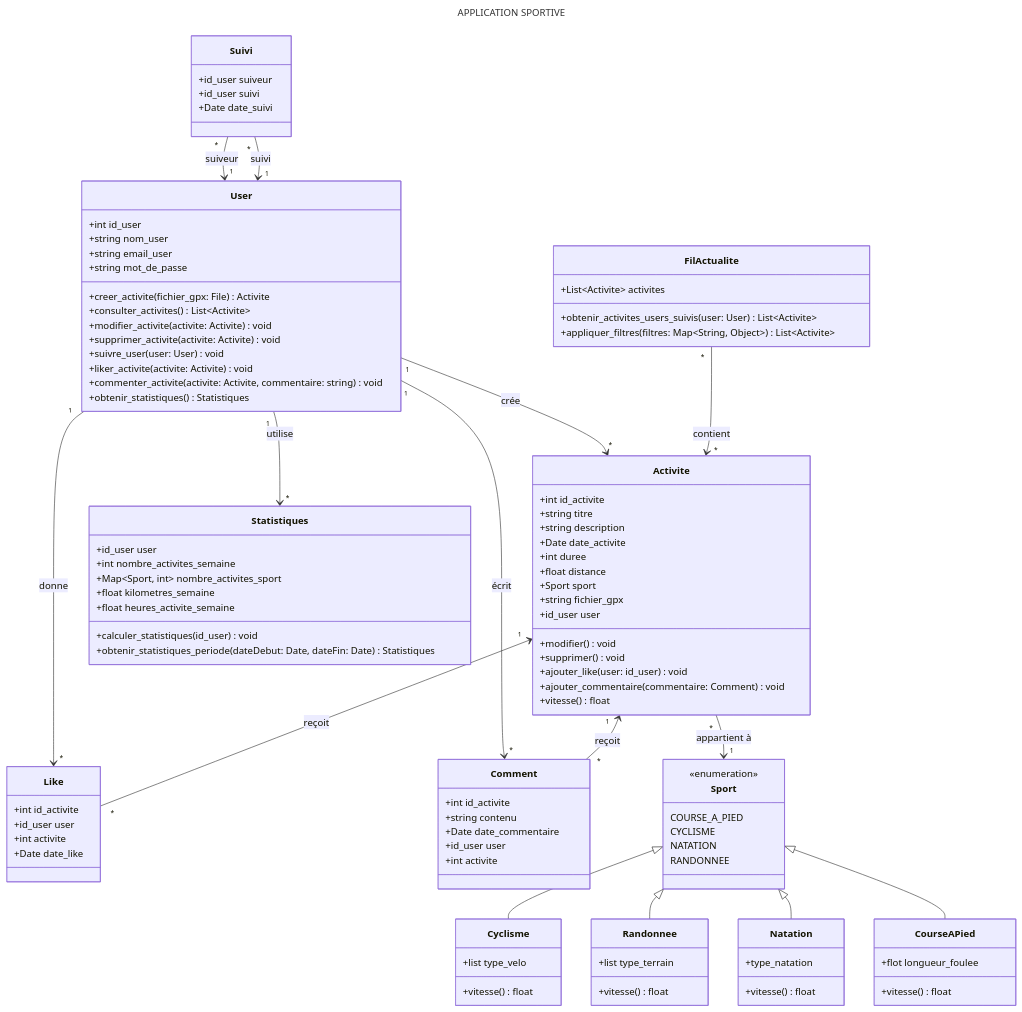
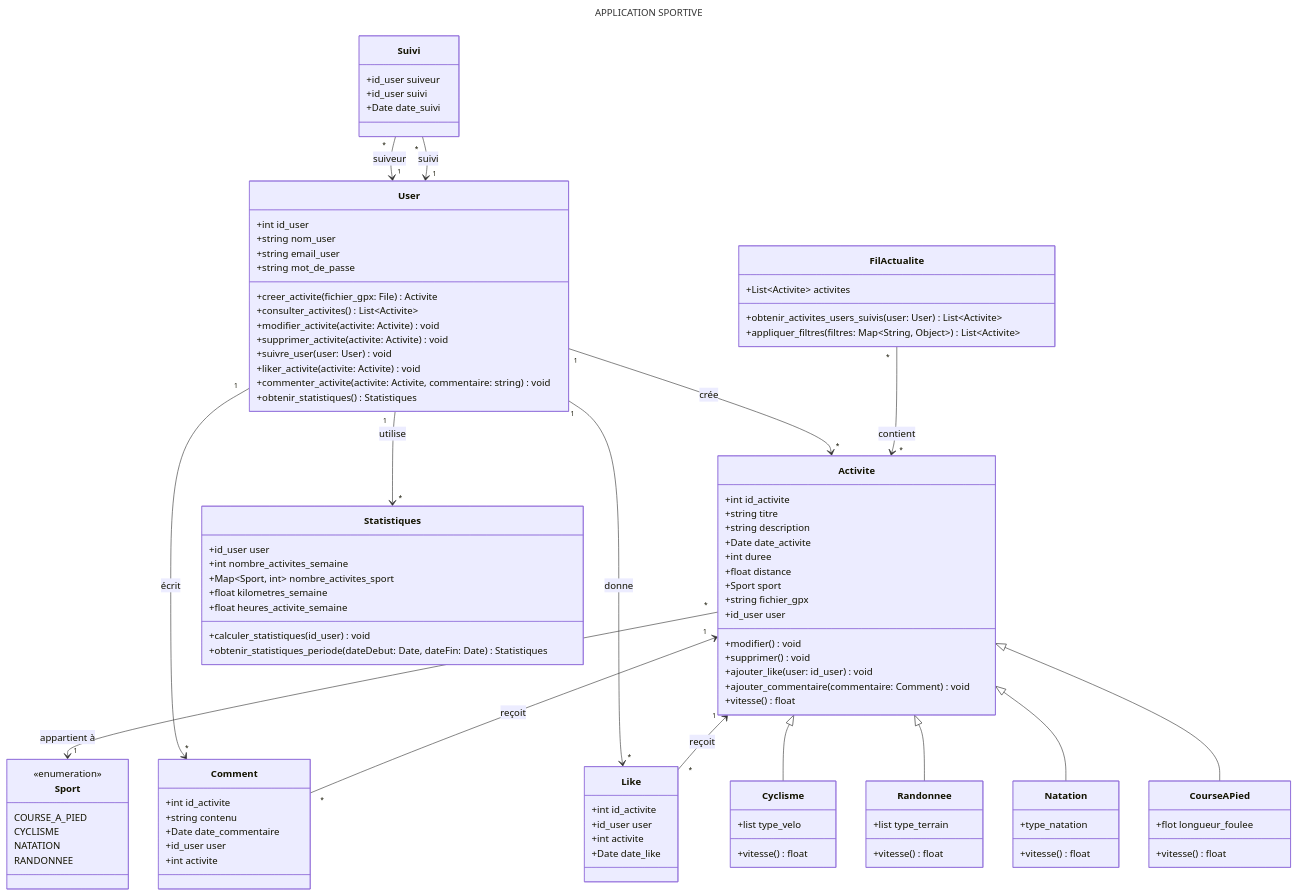
Before and after one commit to MariusAnicet/test: the diagram in diagramme_classe_projet.md, drawn with Mermaid.

````diff
--- a/diagramme_classe_projet.md
+++ b/diagramme_classe_projet.md
@@ -114,9 +114,9 @@
     Suivi "*" --> "1" User : suivi
     
     %% Héritage
-    Sport <|-- Cyclisme
-    Sport <|-- Randonnee
-    Sport <|-- Natation
-    Sport <|-- CourseAPied
+    Activite <|-- Cyclisme
+    Activite <|-- Randonnee
+    Activite <|-- Natation
+    Activite <|-- CourseAPied
 
 ```
````
